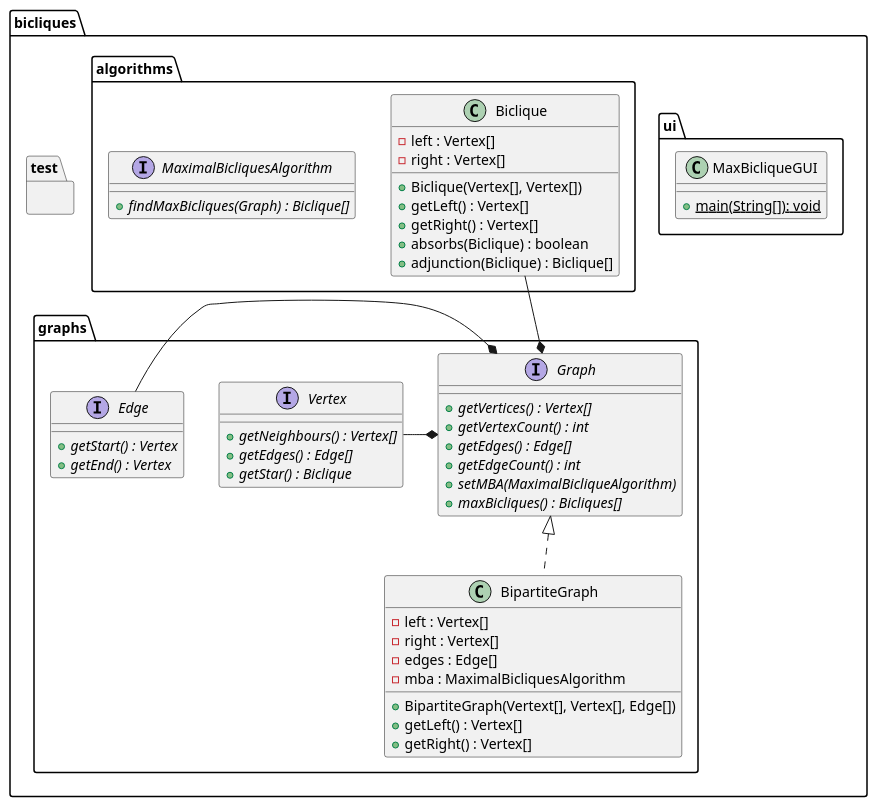
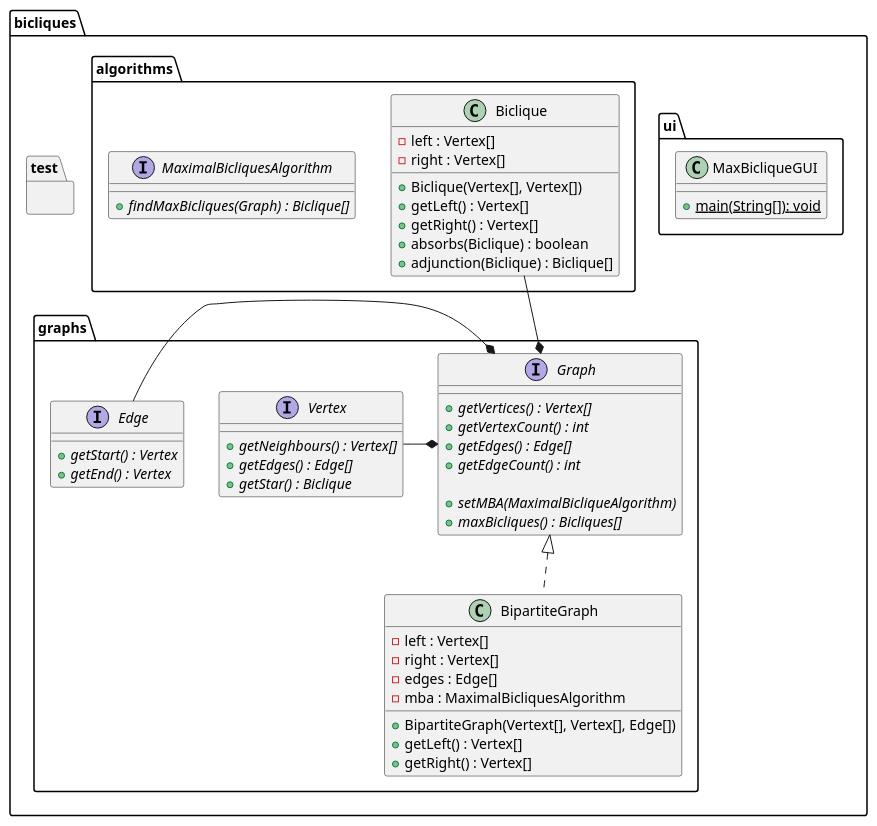
Before and after one commit to wirmius/max_bicliques: the diagram in class_diagram.puml, drawn with PlantUML.

Commit message:
A few questions raised regarding the diagram. Look over and write what you think.

```diff
--- a/class_diagram.puml
+++ b/class_diagram.puml
@@ -19,108 +19,119 @@
 @startuml
 
 package bicliques {
 
 ' The graph section
 package bicliques.graphs {
 
   interface Graph {
     {method}{abstract} + getVertices() : Vertex[]
     {method}{abstract} + getVertexCount() : int
     {method}{abstract} + getEdges() : Edge[]
     {method}{abstract} + getEdgeCount() : int
+
+/'
+I don't think these two methods should be in the general graph interface.
+The maximum biclique algorithm class should be the one owning the graph
+class and not the other way around. - MI
+'/
     {method}{abstract} + setMBA(MaximalBicliqueAlgorithm)
     {method}{abstract} + maxBicliques() : Bicliques[]
   }
 
   interface Vertex {
     {method}{abstract} + getNeighbours() : Vertex[]
     {method}{abstract} + getEdges() : Edge[]
     {method}{abstract} + getStar() : Biclique
   }
   
   interface Edge {
     {method}{abstract} + getStart() : Vertex
     {method}{abstract} + getEnd() : Vertex
   }
 
   Vertex -* Graph
   Edge -* Graph
   
   class BipartiteGraph {
     {field} - left : Vertex[]
     {field} - right : Vertex[]
     {field} - edges : Edge[]
     {field} - mba : MaximalBicliquesAlgorithm
     {method} + BipartiteGraph(Vertext[], Vertex[], Edge[])
     {method} + getLeft() : Vertex[]
     {method} + getRight() : Vertex[]
   }
   
   Graph <|.. BipartiteGraph
   
 }
 
 
 ' The UI section
 package bicliques.ui {
 
 /'
 For the UI part I say we need to come up with something, that can read in
 the text files (I don't want to be copying and pasting stuff in the windows
 every time I use it). - MI.
 
 So do I. In my suggested screenshot of a possible UI the menu would provide
 - Input: load (from file) or from input in window
 - Output: save (to file)
 - Algorithm: choose between several implemented ones
 - Help: Description of algorithms and the common "About".
 -RK
 '/
 
   class MaxBicliqueGUI {
     {method}{static} + main(String[]): void
   }
 }
 
 ' The algorithms section
 package bicliques.algorithms {
 
   class Biclique {
     {field} - left : Vertex[]
     {field} - right : Vertex[]
 /'
 Why should we need access to a graph from a biclique? -RK
+
+Because the bicliques are defined by the graph, more or less.
+To me it makes sense in term of program logic.
+Put it back in if you agree. - MI
+
 '    {field} - graph : Graph
 '/
 	{method} + Biclique(Vertex[], Vertex[])
     {method} + getLeft() : Vertex[]
     {method} + getRight() : Vertex[]
 /'
 Why should we need access to a graph from a biclique? -RK
 '    {method} + getGraph() : Graph[] --o Graph
 '/
     {method} + absorbs(Biclique) : boolean
     {method} + adjunction(Biclique) : Biclique[]
   }
 
   Biclique --* Graph
 
   interface MaximalBicliquesAlgorithm {
     {method}{abstract} + findMaxBicliques(Graph) : Biclique[]
   }
 
 }
 
 package bicliques.test {
 
 /'
 The testing that we will need. I say we use junit 4 or 5
 to make it more streamlined. -MI
 I agree. -RK
 '/
 
 }
 
 }
 
 @enduml
```
